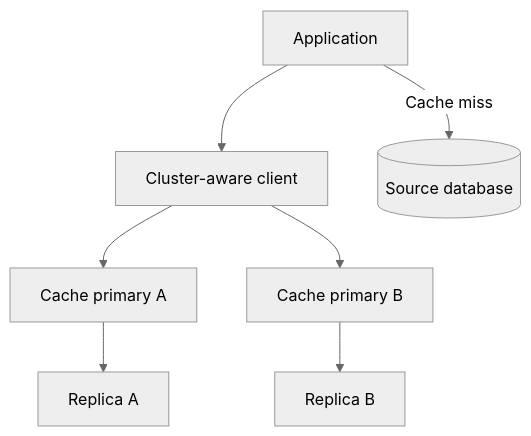
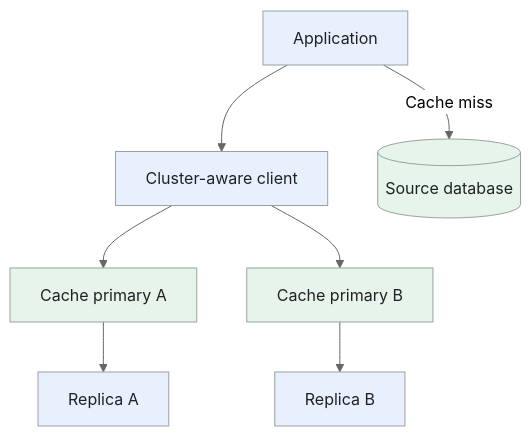
Before and after one commit to iliazlobin/iliazlobin.github.io: the first of 3 diagrams in _designs/system-design-distributed-cache.md, drawn with Mermaid (neutral theme). The commit also changed other lines of this file and 20 other files, not shown here.

Commit message:
Improve design flows, tradeoffs, and technology references

````diff
--- a/_designs/system-design-distributed-cache.md
+++ b/_designs/system-design-distributed-cache.md
@@ -105,9 +105,14 @@
 ```mermaid
 flowchart TB
     A["Application"] --> C["Cluster-aware client"]
     C --> P1["Cache primary A"]
     C --> P2["Cache primary B"]
     P1 --> R1["Replica A"]
     P2 --> R2["Replica B"]
     A -->|"Cache miss"| D[("Source database")]
+  classDef request fill:#e8f0fe,stroke:#9aa0a6,color:#202124,stroke-width:1px
+  classDef background fill:#e6f4ea,stroke:#9aa0a6,color:#202124,stroke-width:1px
+  classDef control fill:#fef7e0,stroke:#9aa0a6,color:#202124,stroke-width:1px
+  class A,C,R1,R2 request
+  class P1,P2,D background
 ```
````
